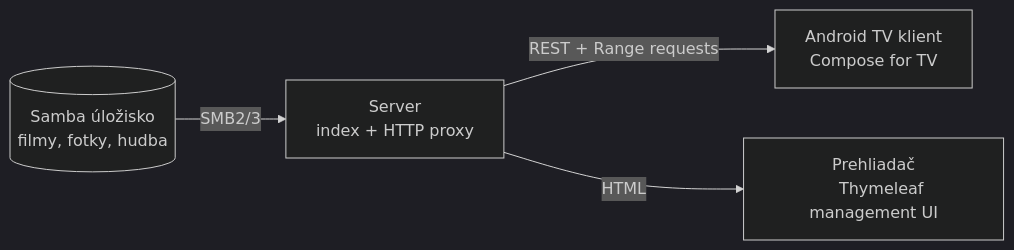
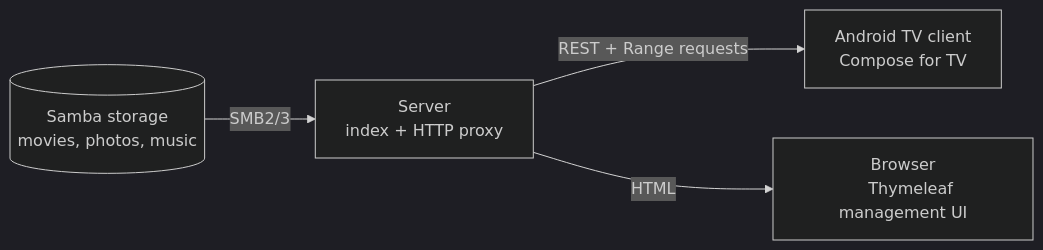
One commit to JurajPacolt/home-media-center changed the first of 3 diagrams in README.md. Above: the diagram before and after it, drawn with Mermaid (dark theme). The commit also changed other lines of this file and 122 other files, not shown here.

````diff
--- a/README.md
+++ b/README.md
@@ -13,15 +13,15 @@
 ```mermaid
 flowchart LR
-    SMB[("Samba úložisko
-    filmy, fotky, hudba")]
+    SMB[("Samba storage
+    movies, photos, music")]
     SRV["Server
     index + HTTP proxy"]
-    TV["Android TV klient
+    TV["Android TV client
     Compose for TV"]
-    WEB["Prehliadač
+    WEB["Browser
     Thymeleaf management UI"]
 
     SMB -->|SMB2/3| SRV
     SRV -->|"REST + Range requests"| TV
     SRV -->|HTML| WEB
 ```
````
